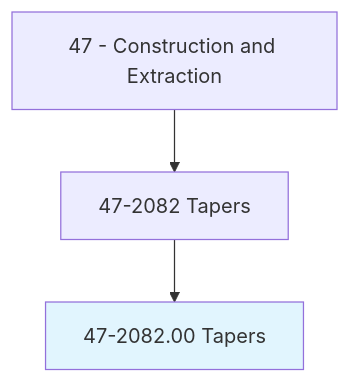
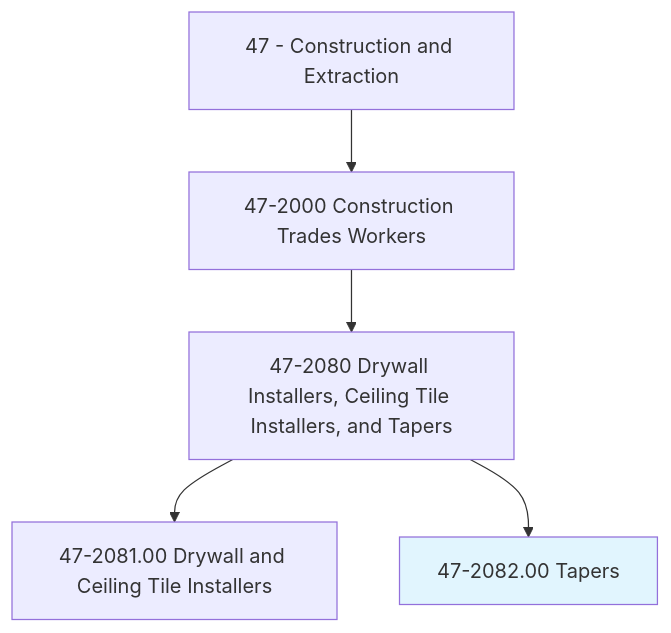
Before and after one commit to kziemski/business.org.ai: the first of 4 diagrams in occupations/Construction/Tapers.mdx, drawn with Mermaid. The commit also changed other lines of this file and 938 other files, not shown here.

````diff
--- a/occupations/Construction/Tapers.mdx
+++ b/occupations/Construction/Tapers.mdx
@@ -19,6 +23,8 @@
 ```mermaid
 graph TD
-    Cat47["47 - Construction and Extraction"] --> Group472082["47-2082 Tapers"]
-    Group472082 --> Current["47-2082.00 Tapers"]
+    Cat47["47 - Construction and Extraction"] --> Group472["47-2000 Construction Trades Workers"]
+    Group472 --> Group4720["47-2080 Drywall Installers, Ceiling Tile Installers, and Tapers"]
+    Group4720 --> Drywall["47-2081.00 Drywall and Ceiling Tile Installers"]
+    Group4720 --> Current["47-2082.00 Tapers"]
     style Current fill:#e1f5fe
 ```
````
